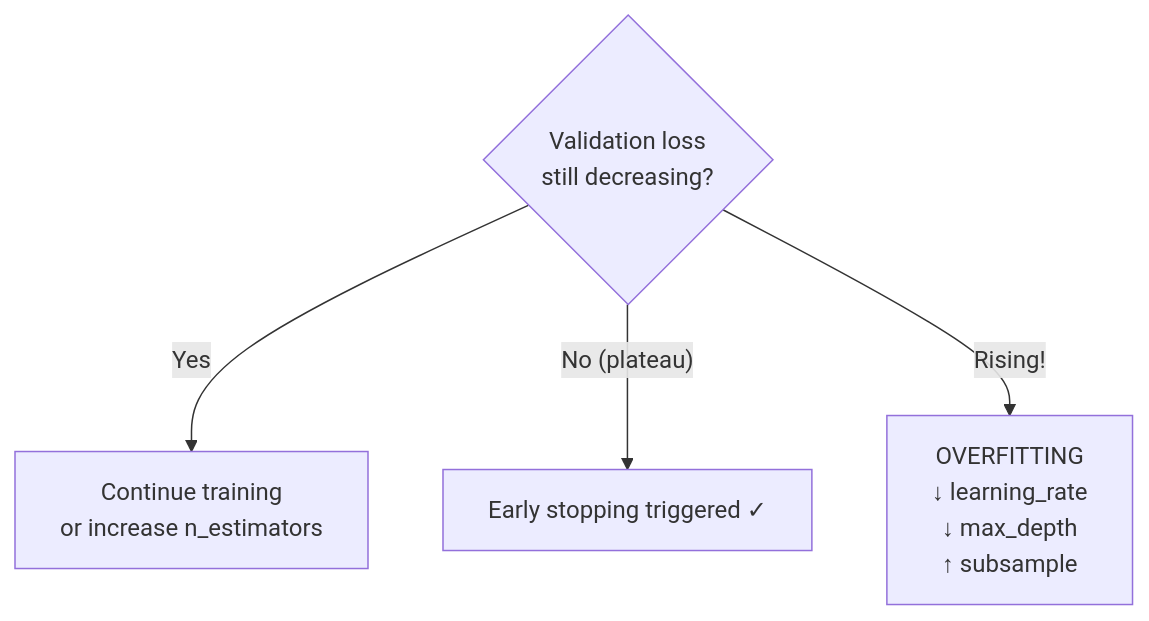
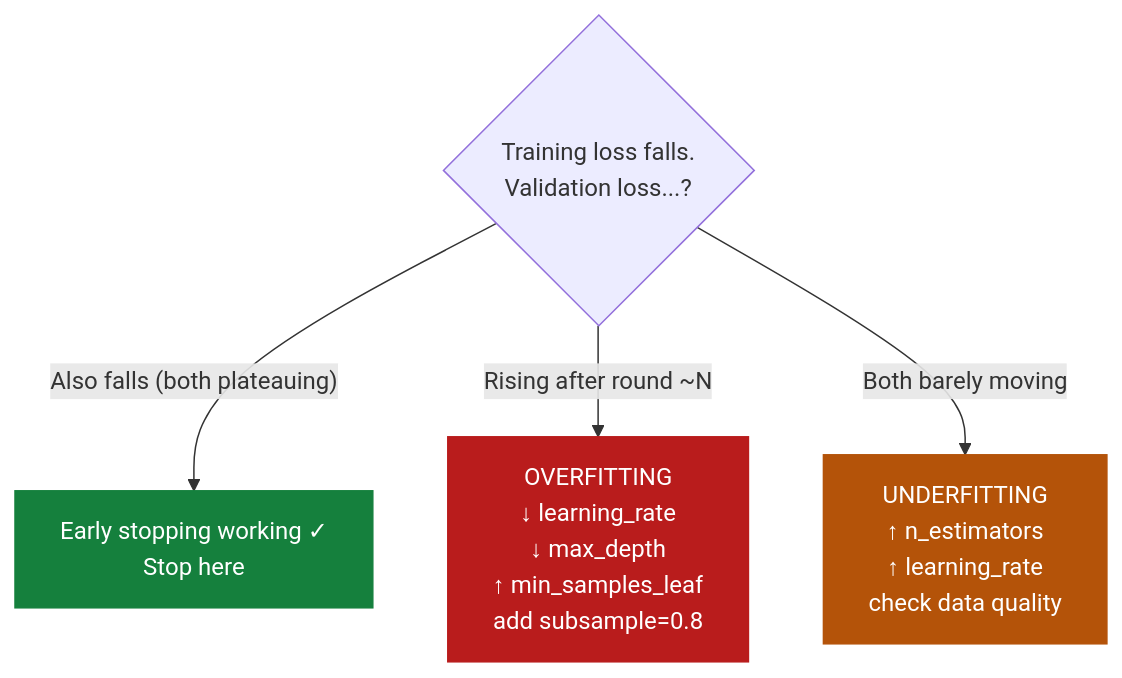
The fourth of 4 diagrams in notes/01-ml/08_ensemble_methods/ch02_boosting/README.md (deepakshamsft/ai-portfolio), drawn with Mermaid before and after one commit. The commit also changed other lines of this file and 727 other files, not shown here.

````diff
--- a/notes/01-ml/08_ensemble_methods/ch02_boosting/README.md
+++ b/notes/01-ml/08_ensemble_methods/ch02_boosting/README.md
@@ -284,7 +552,11 @@
 ```mermaid
 flowchart TD
-    Q1{"Validation loss\nstill decreasing?"}
-    Q1 -->|Yes| A1["Continue training\nor increase n_estimators"]
-    Q1 -->|"No (plateau)"| A2["Early stopping triggered ✓"]
-    Q1 -->|"Rising!"| A3["OVERFITTING\n↓ learning_rate\n↓ max_depth\n↑ subsample"]
+    classDef danger fill:#b91c1c,color:#fff,stroke:#b91c1c
+    classDef success fill:#15803d,color:#fff,stroke:#15803d
+    classDef caution fill:#b45309,color:#fff,stroke:#b45309
+
+    Q1{"Training loss falls.\nValidation loss...?"}
+    Q1 -->|"Also falls (both plateauing)"| A2["Early stopping working ✓\nStop here"]:::success
+    Q1 -->|"Rising after round ~N"| A3["OVERFITTING\n↓ learning_rate\n↓ max_depth\n↑ min_samples_leaf\nadd subsample=0.8"]:::danger
+    Q1 -->|"Both barely moving"| A4["UNDERFITTING\n↑ n_estimators\n↑ learning_rate\ncheck data quality"]:::caution
 ```
````
